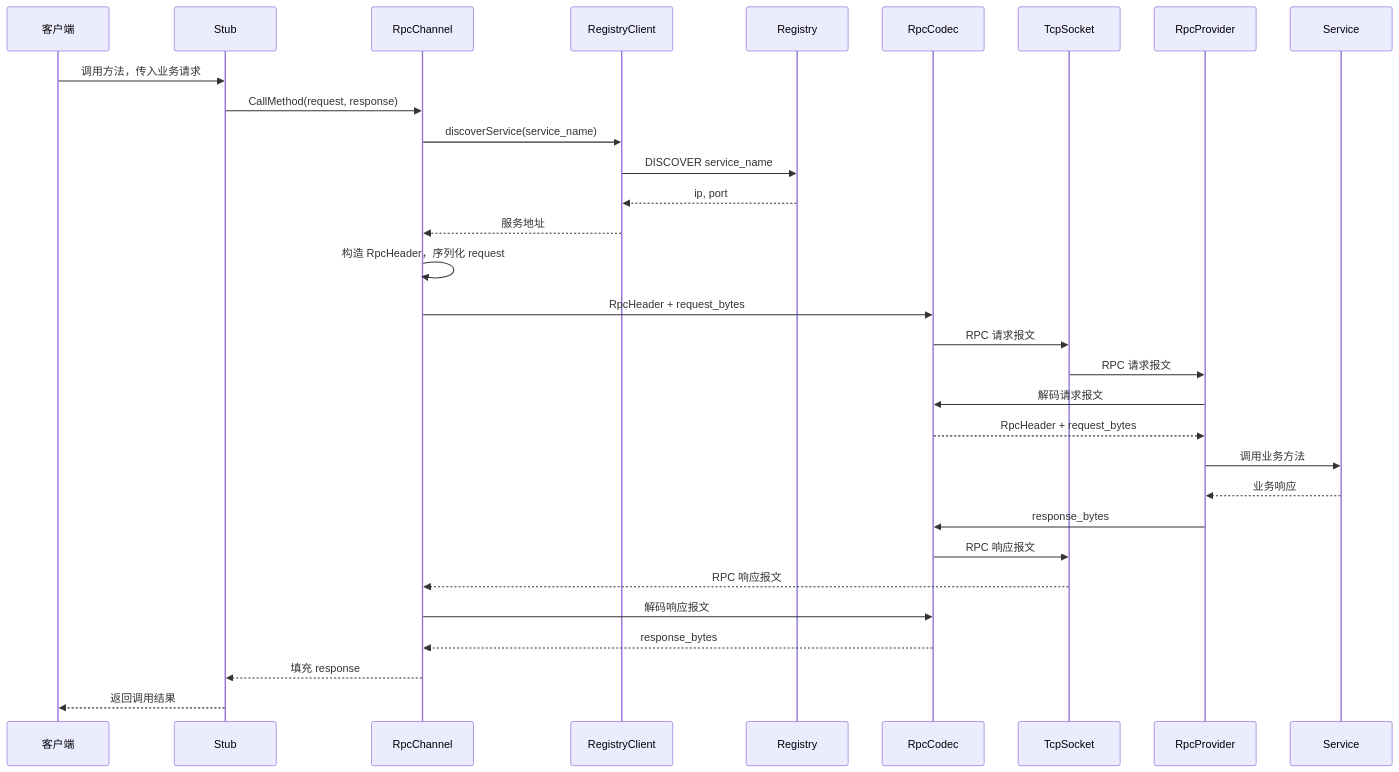
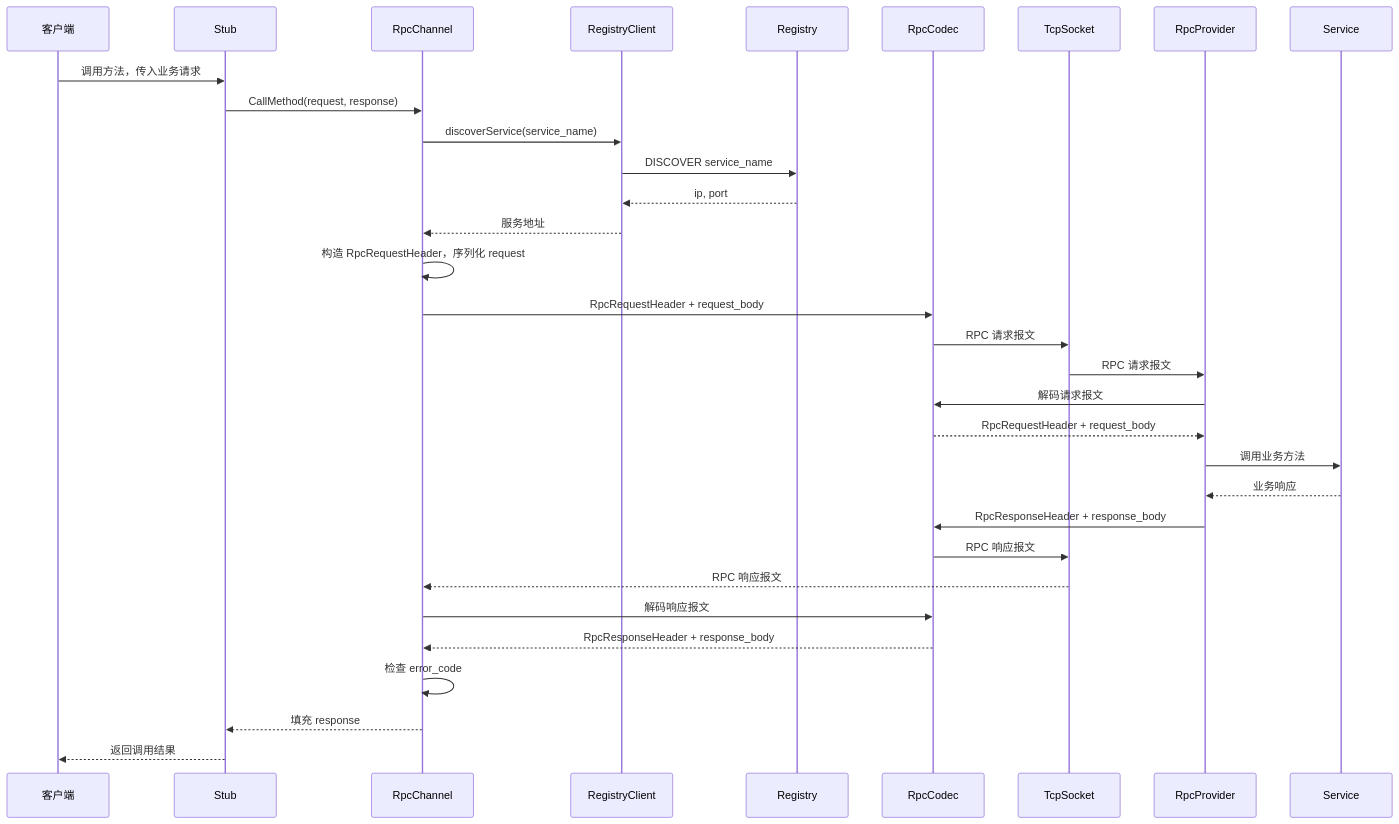
The second of 2 diagrams in README.md (lvpiguai/tinyrpc), drawn with Mermaid before and after one commit. The commit also changed other lines of this file and 5 other files, not shown here.

````diff
--- a/README.md
+++ b/README.md
@@ -130,37 +131,38 @@
 ```mermaid
 sequenceDiagram
     participant Client as 客户端
     participant Stub
     participant Channel as RpcChannel
     participant RegistryClient
     participant Registry
     participant Codec as RpcCodec
     participant Socket as TcpSocket
     participant Provider as RpcProvider
     participant Service as Service
 
     Client->>Stub: 调用方法，传入业务请求
     Stub->>Channel: CallMethod(request, response)
     Channel->>RegistryClient: discoverService(service_name)
     RegistryClient->>Registry: DISCOVER service_name
     Registry-->>RegistryClient: ip, port
     RegistryClient-->>Channel: 服务地址
 
-    Channel->>Channel: 构造 RpcHeader，序列化 request
-    Channel->>Codec: RpcHeader + request_bytes
+    Channel->>Channel: 构造 RpcRequestHeader，序列化 request
+    Channel->>Codec: RpcRequestHeader + request_body
     Codec->>Socket: RPC 请求报文
     Socket->>Provider: RPC 请求报文
 
     Provider->>Codec: 解码请求报文
-    Codec-->>Provider: RpcHeader + request_bytes
+    Codec-->>Provider: RpcRequestHeader + request_body
     Provider->>Service: 调用业务方法
     Service-->>Provider: 业务响应
 
-    Provider->>Codec: response_bytes
+    Provider->>Codec: RpcResponseHeader + response_body
     Codec->>Socket: RPC 响应报文
     Socket-->>Channel: RPC 响应报文
     Channel->>Codec: 解码响应报文
-    Codec-->>Channel: response_bytes
+    Codec-->>Channel: RpcResponseHeader + response_body
+    Channel->>Channel: 检查 error_code
     Channel-->>Stub: 填充 response
     Stub-->>Client: 返回调用结果
 ```
````
